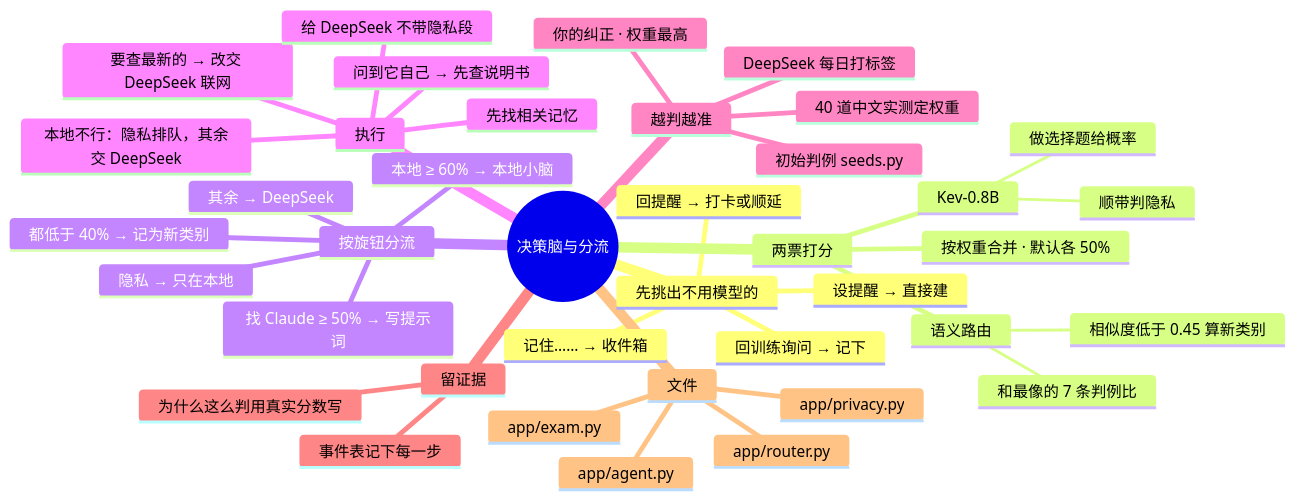
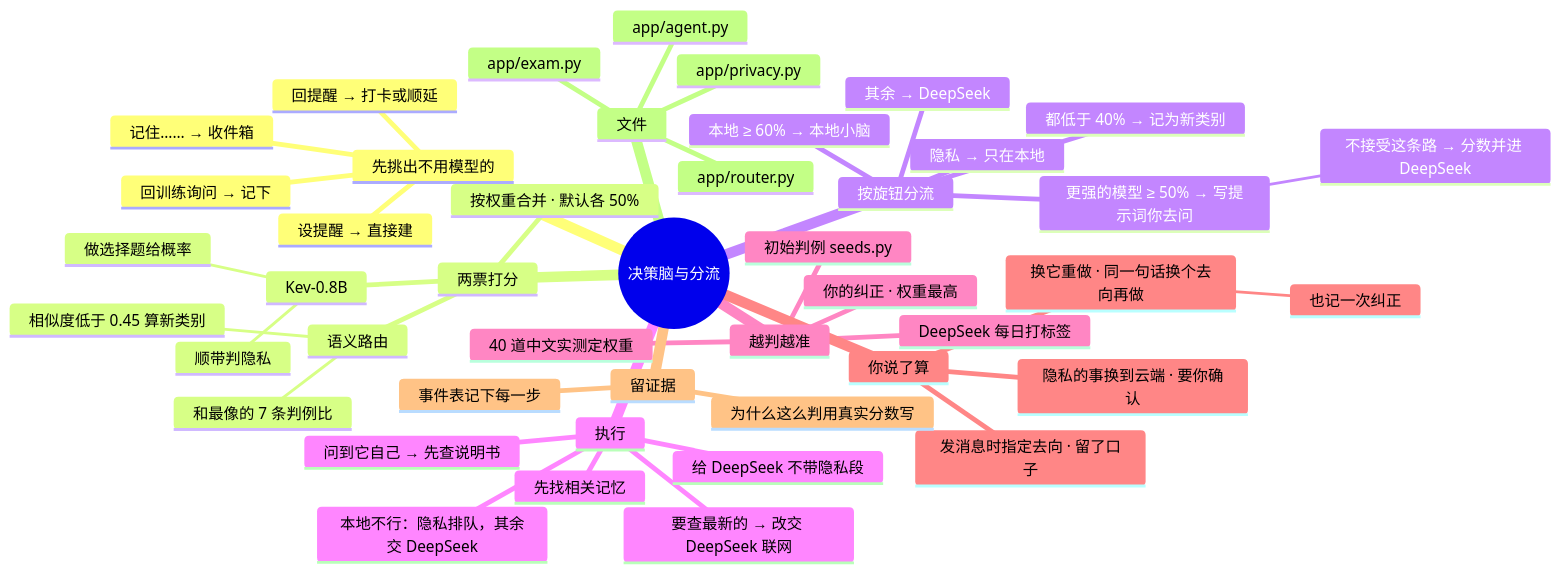
Before and after one commit to lql-076/Experiment-Agent-One: the diagram in docs/AI文档/架构/01-决策脑与分流.md, drawn with Mermaid. The commit also changed other lines of this file and 55 other files, not shown here.

````diff
--- a/docs/AI文档/架构/01-决策脑与分流.md
+++ b/docs/AI文档/架构/01-决策脑与分流.md
@@ -9,44 +9,50 @@
 ```mermaid
 mindmap
   root((决策脑与分流))
     先挑出不用模型的
       回提醒 → 打卡或顺延
       回训练询问 → 记下
       设提醒 → 直接建
       记住…… → 收件箱
     两票打分
       语义路由
       :::svc-model
         和最像的 7 条判例比
         相似度低于 0.45 算新类别
       Kev-0.8B
       :::svc-kev
         做选择题给概率
         顺带判隐私
       按权重合并 · 默认各 50%
     按旋钮分流
       隐私 → 只在本地
       本地 ≥ 60% → 本地小脑
-      找 Claude ≥ 50% → 写提示词
+      更强的模型 ≥ 50% → 写提示词你去问
+        不接受这条路 → 分数并进 DeepSeek
       其余 → DeepSeek
       都低于 40% → 记为新类别
     执行
       先找相关记忆
       问到它自己 → 先查说明书
       要查最新的 → 改交 DeepSeek 联网
       给 DeepSeek 不带隐私段
       本地不行：隐私排队，其余交 DeepSeek
     越判越准
       初始判例 seeds.py
       你的纠正 · 权重最高
       DeepSeek 每日打标签
       40 道中文实测定权重
+    你说了算
+      换它重做 · 同一句话换个去向再做
+        也记一次纠正
+      隐私的事换到云端 · 要你确认
+      发消息时指定去向 · 留了口子
     留证据
       事件表记下每一步
       为什么这么判用真实分数写
     文件
       app/agent.py
       app/router.py
       app/privacy.py
       app/exam.py
 ```
````
